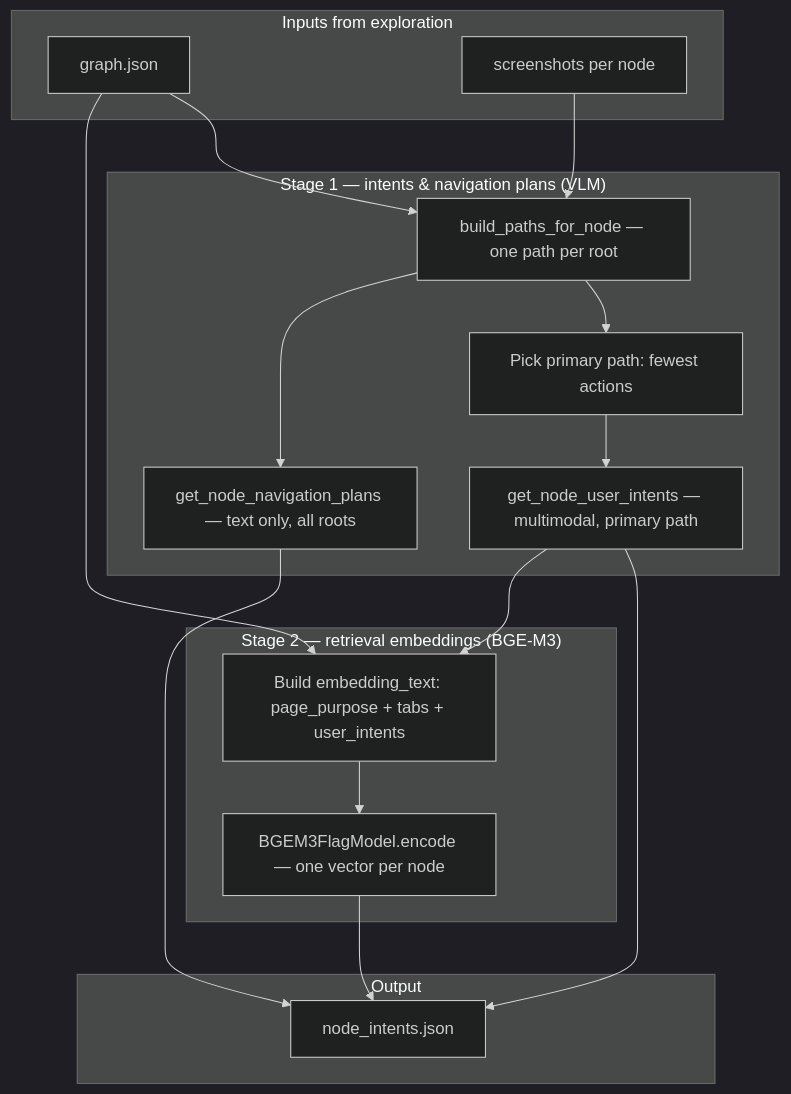
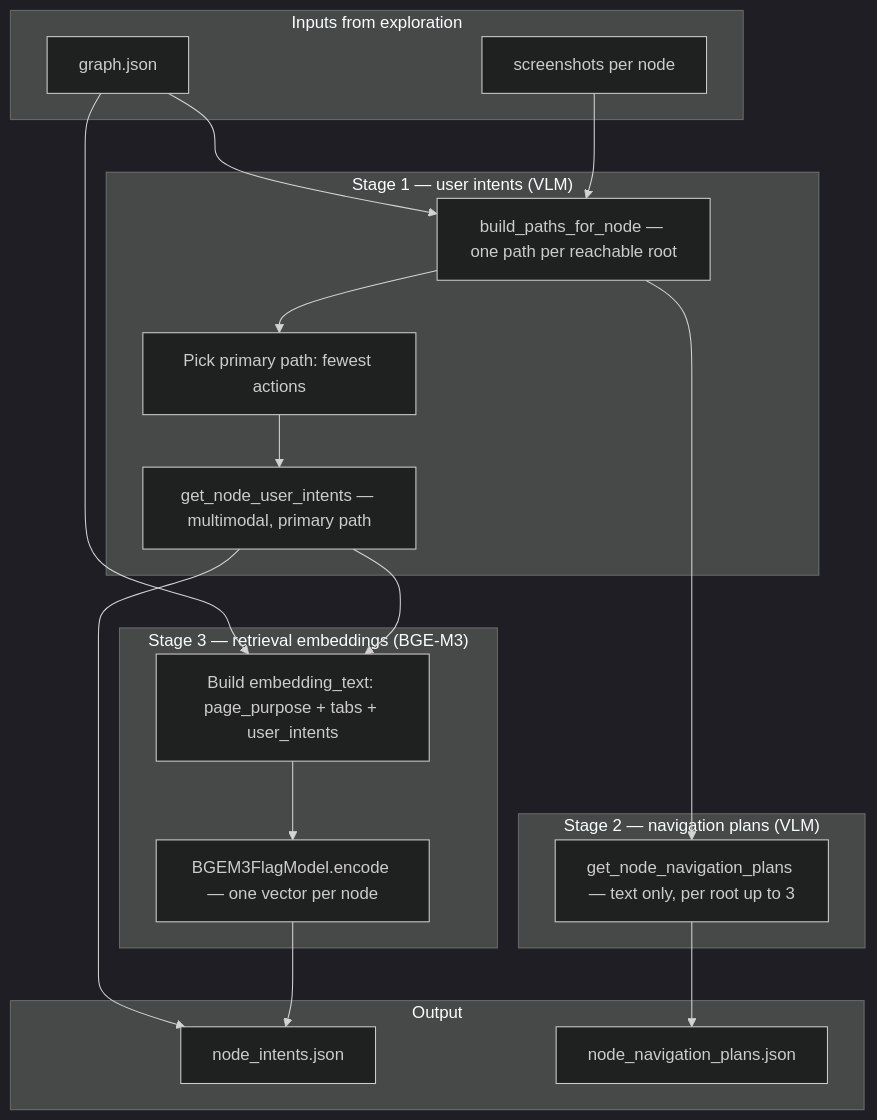
The first of 3 diagrams in exploration/README.md (smehdia/AgentNavigator), drawn with Mermaid (dark theme) before and after one commit. The commit also changed other lines of this file, not shown here.

````diff
--- a/exploration/README.md
+++ b/exploration/README.md
@@ -303,29 +311,32 @@
 ```mermaid
 flowchart TB
   subgraph inputs["Inputs from exploration"]
     G[graph.json]
     S[screenshots per node]
   end
-  subgraph stage1["Stage 1 — intents & navigation plans (VLM)"]
-    P[build_paths_for_node — one path per root]
+  subgraph stage1["Stage 1 — user intents (VLM)"]
+    P[build_paths_for_node — one path per reachable root]
     PR[Pick primary path: fewest actions]
     UI[get_node_user_intents — multimodal, primary path]
-    NP[get_node_navigation_plans — text only, all roots]
   end
-  subgraph stage2["Stage 2 — retrieval embeddings (BGE-M3)"]
+  subgraph stage2["Stage 2 — navigation plans (VLM)"]
+    NP[get_node_navigation_plans — text only, per root up to 3]
+  end
+  subgraph stage3["Stage 3 — retrieval embeddings (BGE-M3)"]
     ET[Build embedding_text: page_purpose + tabs + user_intents]
     EMB[BGEM3FlagModel.encode — one vector per node]
   end
   subgraph out["Output"]
     J[node_intents.json]
+    N[node_navigation_plans.json]
   end
   G --> P
   S --> P
   P --> PR --> UI
   P --> NP
   UI --> J
-  NP --> J
+  NP --> N
   G --> ET
   UI --> ET
   ET --> EMB --> J
 ```
````
